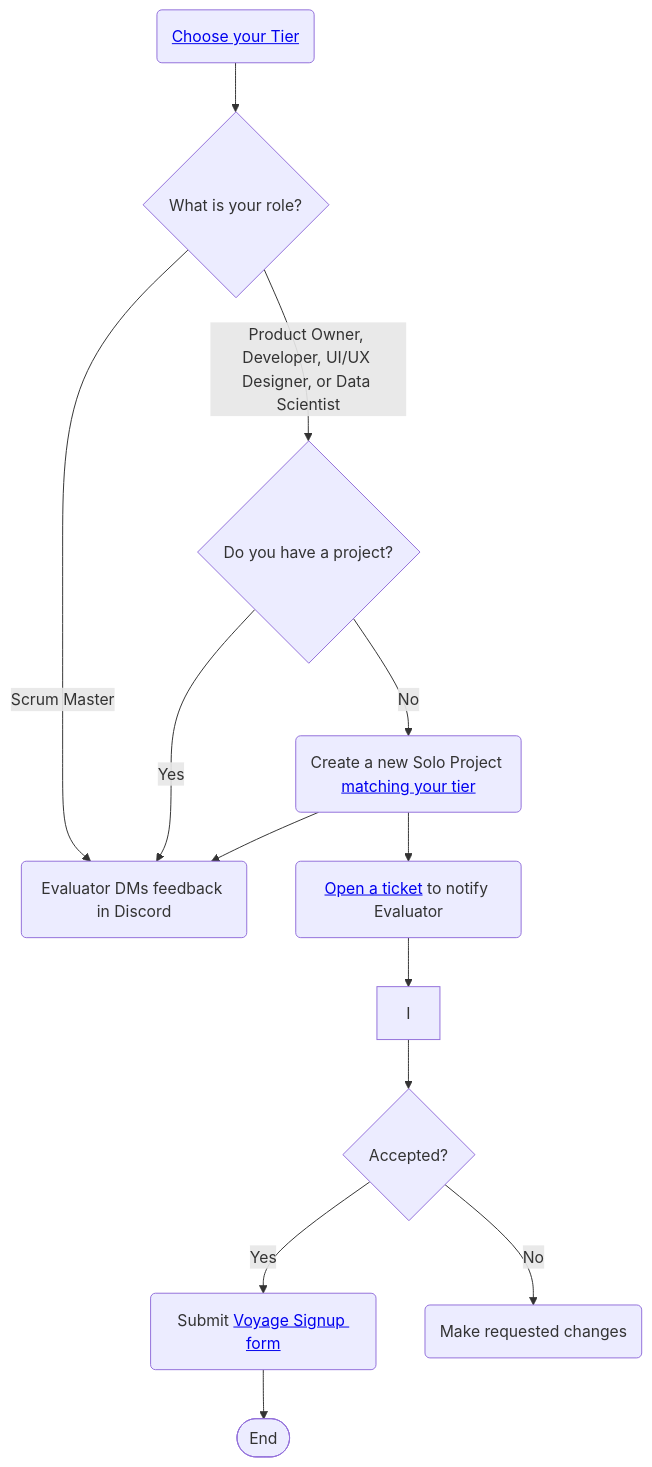
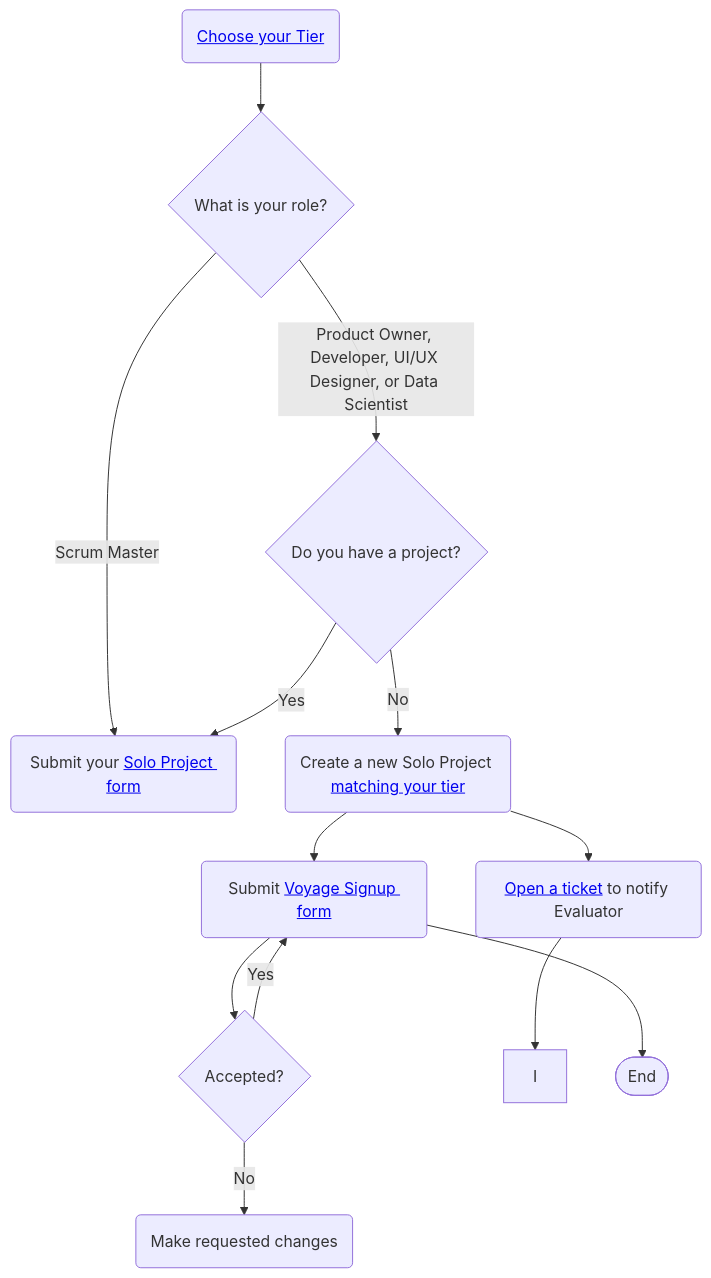
One commit to chingu-voyages/Handbook changed the diagram in docs/guides/soloproject/soloproject.md. Above: the diagram before and after it, drawn with Mermaid.

Commit message:
Feature: Refine Solo Project flowchart

````diff
--- a/docs/guides/soloproject/soloproject.md
+++ b/docs/guides/soloproject/soloproject.md
@@ -17,17 +17,17 @@
 ```mermaid
 graph TB
     A(<a href='https://github.com/chingu-voyages/Handbook/blob/main/docs/guides/soloproject/soloproject.md#1-choose-your-tier-1%EF%B8%8F%E2%83%A3-2%EF%B8%8F%E2%83%A3-3%EF%B8%8F%E2%83%A3'>Choose your Tier</a>) --> B{What is your role?}
     B -- Scrum Master --> G
     B -- Product Owner, Developer, UI/UX Designer, or Data Scientist --> F{Do you have a project?}
     F -- Yes --> G(Submit your <a href='https://forms.gle/D3Nu1VvfH3FDFBRr6'>Solo Project form</a>)
     F -- No --> H(Create a new Solo Project <a href='https://github.com/chingu-voyages/Handbook/blob/main/docs/guides/soloproject/soloproject.md#2-submit-a-project-that-matches-your-tier-'>matching your tier</a>)
-    H --> G(Evaluator DMs feedback in Discord)
+    H --> K(Evaluator DMs feedback in Discord)
 
-    I --> J{Accepted?};
+    K --> J{Accepted?};
     J -- Yes --> K(Submit <a href='https://forms.gle/dFaNuYWAjARd99qo8' target='_blank'>Voyage Signup form</a>);
     J -- No --> L(Make requested changes);
     H --> M(<a href='https://discord.com/channels/330284646283608064/1193342042080817323' target='_blank'>Open a ticket</a> to notify Evaluator);
     M --> I;
 
     K --> Z([End]);
 ```
````
